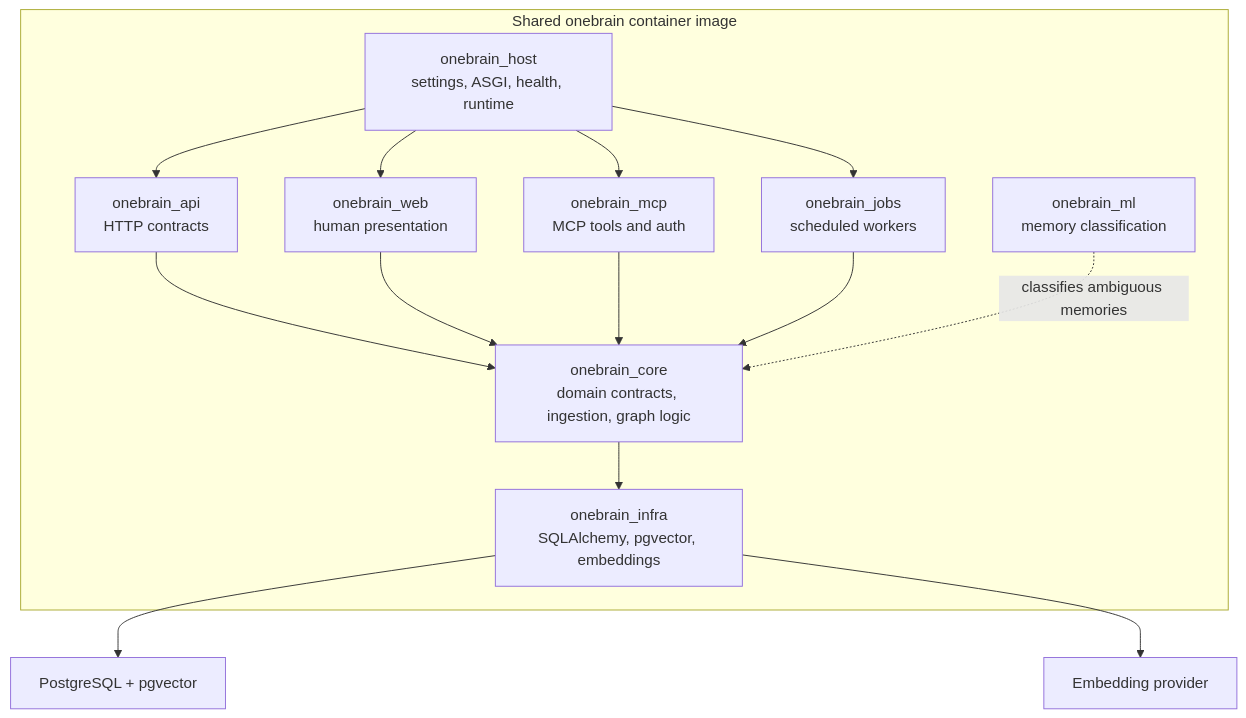
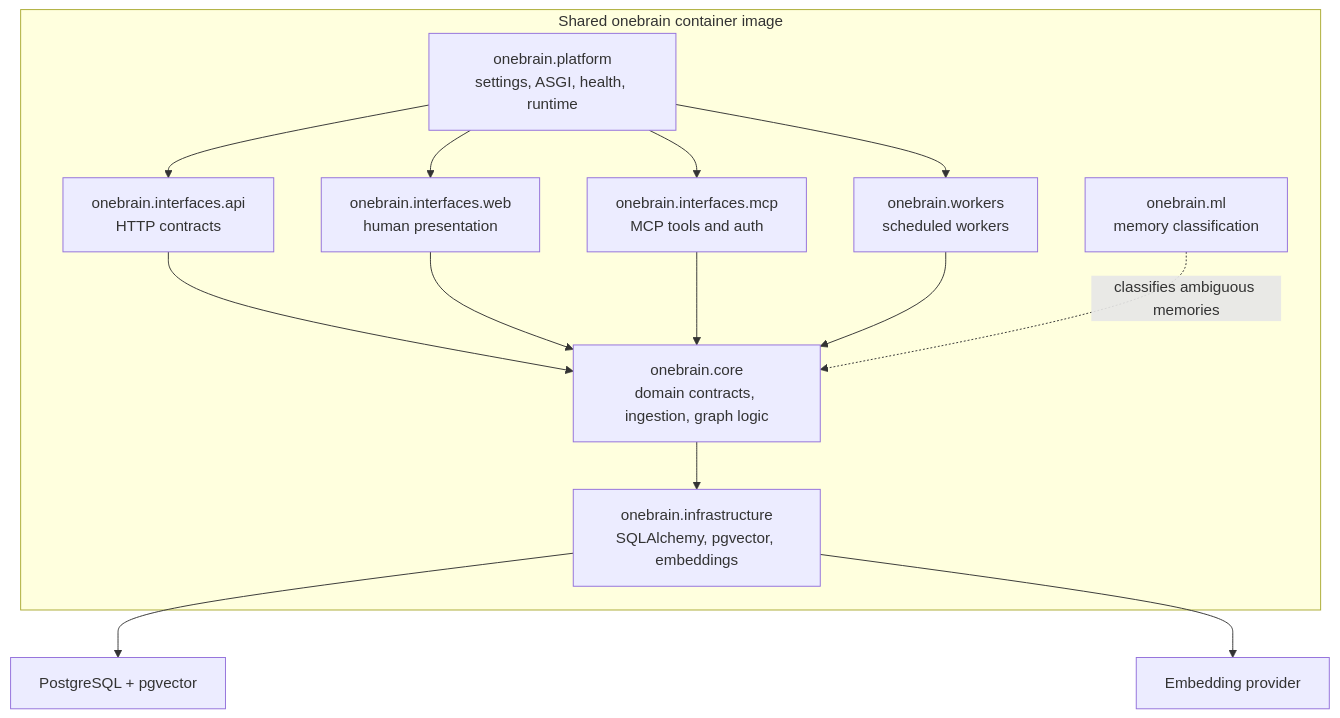
One commit to viamus/one-brain changed the second of 3 diagrams in README.md. Above: the diagram before and after it, drawn with Mermaid. The commit also changed other lines of this file and 148 other files, not shown here.

````diff
--- a/README.md
+++ b/README.md
@@ -54,26 +54,26 @@
 ```mermaid
 flowchart TB
     subgraph Image["Shared onebrain container image"]
-        Host["onebrain_host<br/>settings, ASGI, health, runtime"]
-        API["onebrain_api<br/>HTTP contracts"]
-        Web["onebrain_web<br/>human presentation"]
-        MCP["onebrain_mcp<br/>MCP tools and auth"]
-        Jobs["onebrain_jobs<br/>scheduled workers"]
-        Core["onebrain_core<br/>domain contracts, ingestion, graph logic"]
-        Infra["onebrain_infra<br/>SQLAlchemy, pgvector, embeddings"]
-        ML["onebrain_ml<br/>memory classification"]
+        Platform["onebrain.platform<br/>settings, ASGI, health, runtime"]
+        API["onebrain.interfaces.api<br/>HTTP contracts"]
+        Web["onebrain.interfaces.web<br/>human presentation"]
+        MCP["onebrain.interfaces.mcp<br/>MCP tools and auth"]
+        Workers["onebrain.workers<br/>scheduled workers"]
+        Core["onebrain.core<br/>domain contracts, ingestion, graph logic"]
+        Infra["onebrain.infrastructure<br/>SQLAlchemy, pgvector, embeddings"]
+        ML["onebrain.ml<br/>memory classification"]
     end
 
-    Host --> API
-    Host --> Web
-    Host --> MCP
-    Host --> Jobs
+    Platform --> API
+    Platform --> Web
+    Platform --> MCP
+    Platform --> Workers
     API --> Core
     Web --> Core
     MCP --> Core
-    Jobs --> Core
+    Workers --> Core
     Core --> Infra
     Infra --> DB["PostgreSQL + pgvector"]
     Infra --> Embeddings["Embedding provider"]
     ML -. classifies ambiguous memories .-> Core
 ```
````
